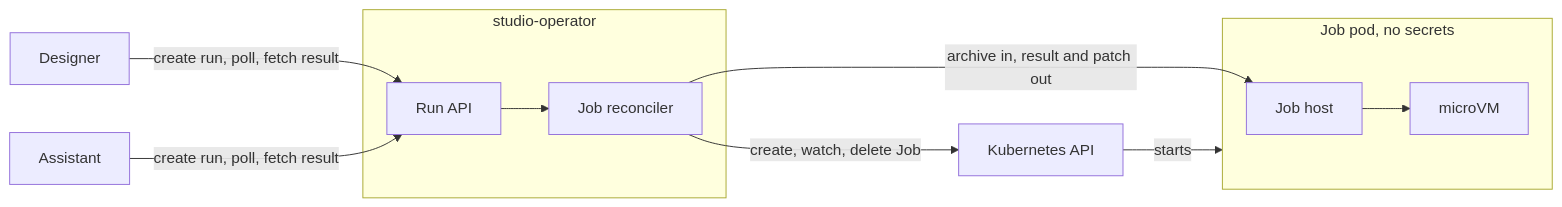
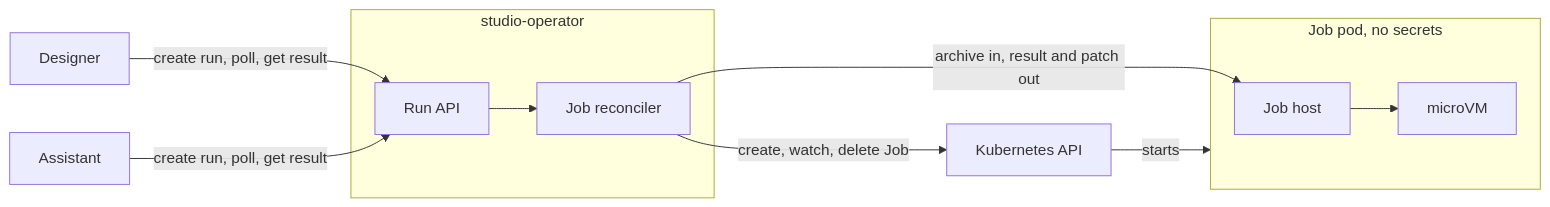
The diagram in docs/adr/2026-10-27-studio-operator.md (Altinn/altinn-studio), drawn with Mermaid before and after one commit. The commit also changed other lines of this file, not shown here.

````diff
--- a/docs/adr/2026-10-27-studio-operator.md
+++ b/docs/adr/2026-10-27-studio-operator.md
@@ -147,24 +159,24 @@
 ```mermaid
 flowchart LR
     designer["Designer"]
     assistant["Assistant"]
     k8s["Kubernetes API"]
 
     subgraph operator["studio-operator"]
         api["Run API"]
         rec["Job reconciler"]
     end
 
     subgraph runnerPod["Job pod, no secrets"]
         host["Job host"]
         vm["microVM"]
     end
 
-    designer -->|"create run, poll, fetch result"| api
-    assistant -->|"create run, poll, fetch result"| api
+    designer -->|"create run, poll, get result"| api
+    assistant -->|"create run, poll, get result"| api
     api --> rec
     rec -->|"create, watch, delete Job"| k8s
     k8s -->|"starts"| runnerPod
     rec -->|"archive in, result and patch out"| host
     host --> vm
 ```
````
